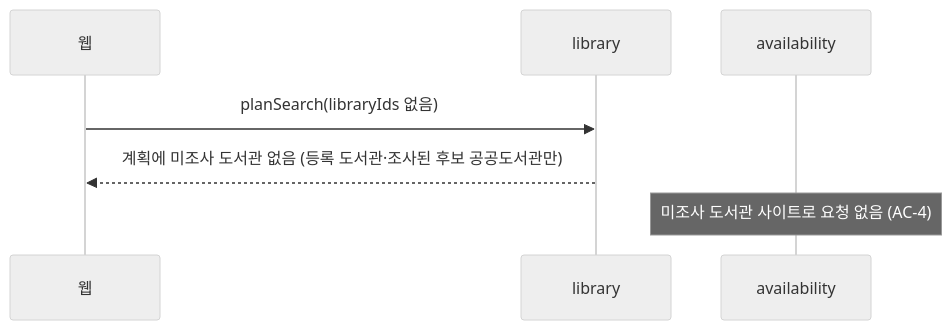
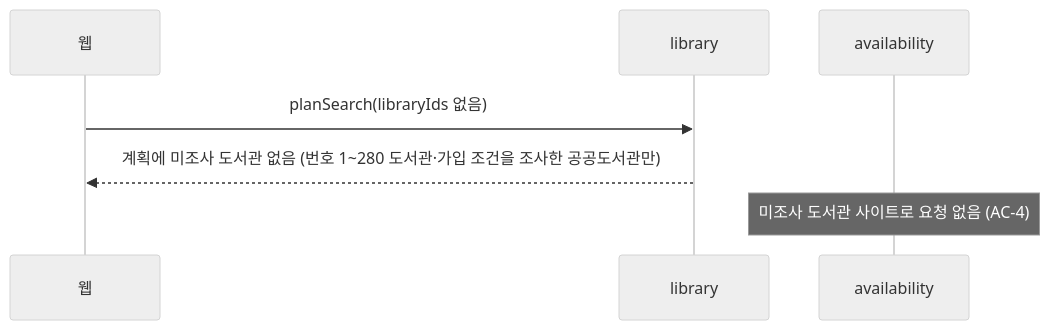
Before and after one commit to hodu-sketch/chaekcheck-plan: diagram 19 of 39 in docs/current/flows.md, drawn with Mermaid (neutral theme). The commit also changed other lines of this file and 25 other files, not shown here.

````diff
--- a/docs/current/flows.md
+++ b/docs/current/flows.md
@@ -604,9 +605,9 @@
 ```mermaid
 sequenceDiagram
   participant W as 웹
   participant L as library
   participant A as availability
   W->>L: planSearch(libraryIds 없음)
-  L-->>W: 계획에 미조사 도서관 없음 (등록 도서관·조사된 후보 공공도서관만)
+  L-->>W: 계획에 미조사 도서관 없음 (번호 1~280 도서관·가입 조건을 조사한 공공도서관만)
   Note over A: 미조사 도서관 사이트로 요청 없음 (AC-4)
 ```
````
